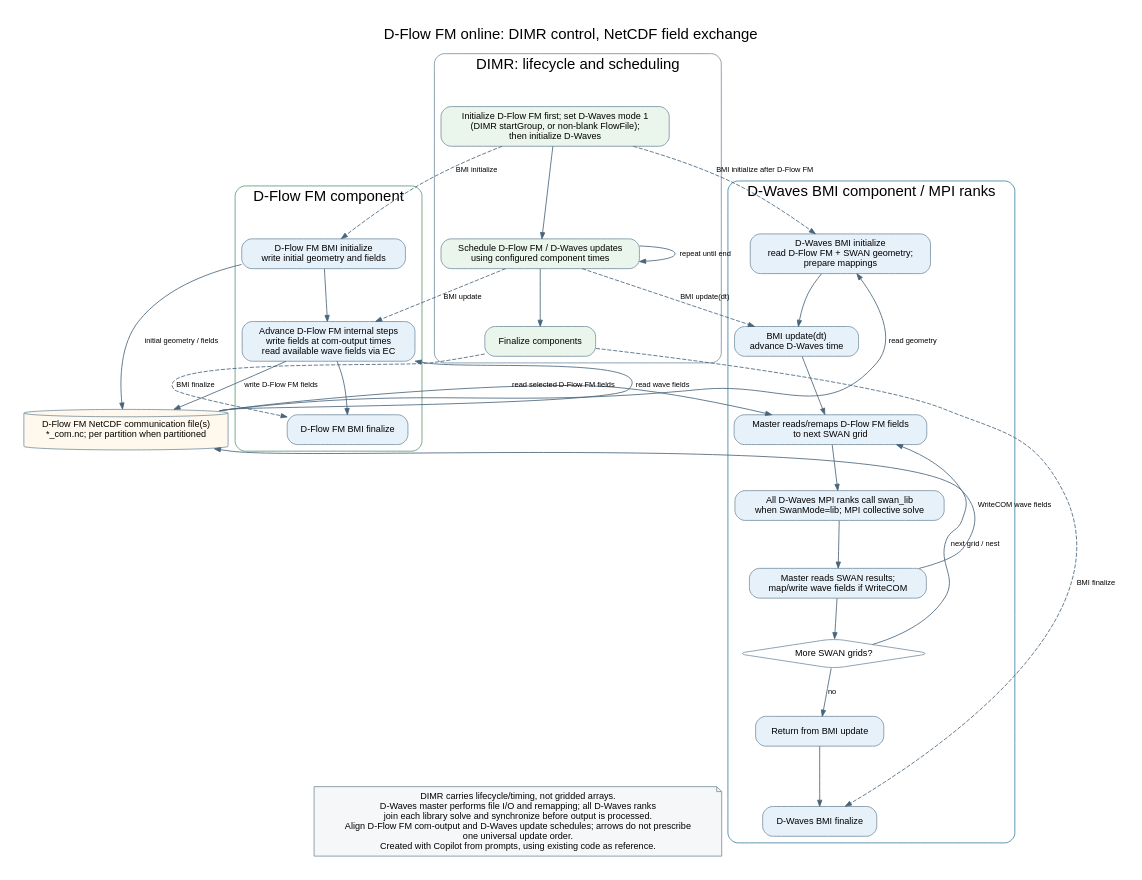
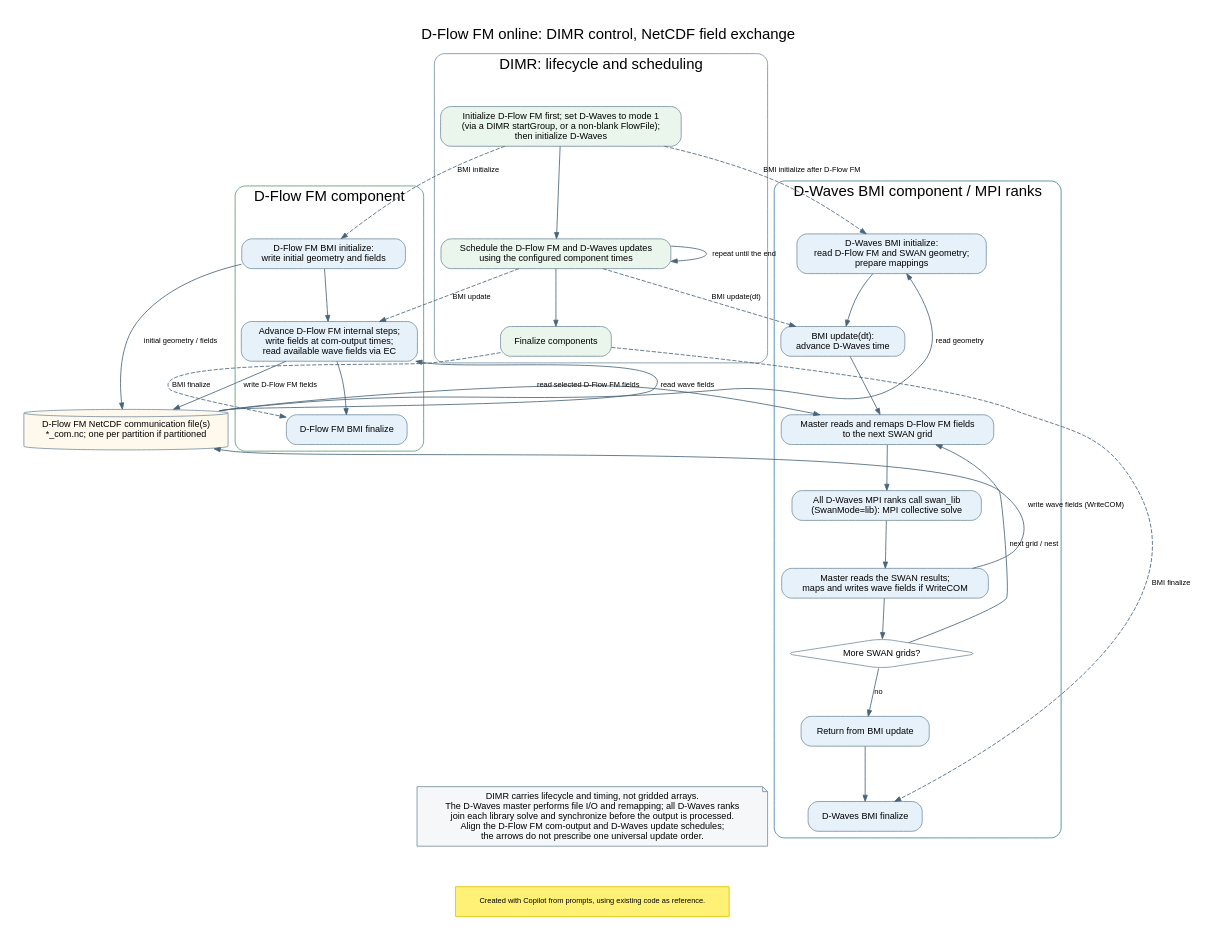
The diagram in src/engines_gpl/wave/docs/include/dwaves_pathway_fm_bmi_detailed.dot (Deltares/Delft3D), drawn with Graphviz before and after one commit. The commit also changed 19 other files, not shown here.

Commit message:
Grammatical edits and some additionalcosmetic changes in the diagrams

```diff
--- a/src/engines_gpl/wave/docs/include/dwaves_pathway_fm_bmi_detailed.dot
+++ b/src/engines_gpl/wave/docs/include/dwaves_pathway_fm_bmi_detailed.dot
@@ -1,80 +1,85 @@
 digraph fm_communication {
     graph [label="D-Flow FM online: DIMR control, NetCDF field exchange",
            labelloc=t, fontsize=18, fontname="Helvetica", rankdir=TB,
            newrank=true, nodesep=0.6, ranksep=0.65, pad=0.3, bgcolor="white"];
     node [shape=box, style="rounded,filled", fillcolor="#E7F1FA",
           color="#7890A2", fontname="Helvetica", fontsize=11,
           margin="0.15,0.09"];
     edge [fontname="Helvetica", fontsize=9, color="#48647A", arrowsize=0.75];
 
     subgraph cluster_dimr {
         label="DIMR: lifecycle and scheduling";
         color="#7890A2";
         style="rounded";
         dimr_init [fillcolor="#EAF5EC",
-                   label="Initialize D-Flow FM first; set D-Waves mode 1\n(DIMR startGroup, or non-blank FlowFile);\nthen initialize D-Waves"];
+                   label="Initialize D-Flow FM first; set D-Waves to mode 1\n(via a DIMR startGroup, or a non-blank FlowFile);\nthen initialize D-Waves"];
         dimr_update [fillcolor="#EAF5EC",
-                     label="Schedule D-Flow FM / D-Waves updates\nusing configured component times"];
+                     label="Schedule the D-Flow FM and D-Waves updates\nusing the configured component times"];
         dimr_finish [fillcolor="#EAF5EC", label="Finalize components"];
         dimr_init -> dimr_update -> dimr_finish;
-        dimr_update -> dimr_update [label="repeat until end"];
+        dimr_update -> dimr_update [label="repeat until the end"];
     }
 
     subgraph cluster_fm {
         label="D-Flow FM component";
         color="#5A9A72";
         style="rounded";
-        fm_init [label="D-Flow FM BMI initialize\nwrite initial geometry and fields"];
-        fm_step [label="Advance D-Flow FM internal steps\nwrite fields at com-output times\nread available wave fields via EC"];
+        fm_init [label="D-Flow FM BMI initialize:\nwrite initial geometry and fields"];
+        fm_step [label="Advance D-Flow FM internal steps;\nwrite fields at com-output times;\nread available wave fields via EC"];
         fm_finalize [label="D-Flow FM BMI finalize"];
         fm_init -> fm_step -> fm_finalize;
     }
 
     subgraph cluster_wave {
         label="D-Waves BMI component / MPI ranks";
         color="#3B82A0";
         style="rounded";
-        wave_init [label="D-Waves BMI initialize\nread D-Flow FM + SWAN geometry;\nprepare mappings"];
-        wave_update [label="BMI update(dt)\nadvance D-Waves time"];
-        fields_in [label="Master reads/remaps D-Flow FM fields\nto next SWAN grid"];
-        swan [label="All D-Waves MPI ranks call swan_lib\nwhen SwanMode=lib; MPI collective solve"];
-        fields_out [label="Master reads SWAN results;\nmap/write wave fields if WriteCOM"];
+        wave_init [label="D-Waves BMI initialize:\nread D-Flow FM and SWAN geometry;\nprepare mappings"];
+        wave_update [label="BMI update(dt):\nadvance D-Waves time"];
+        fields_in [label="Master reads and remaps D-Flow FM fields\nto the next SWAN grid"];
+        swan [label="All D-Waves MPI ranks call swan_lib\n(SwanMode=lib): MPI collective solve"];
+        fields_out [label="Master reads the SWAN results;\nmaps and writes wave fields if WriteCOM"];
         more_grids [shape=diamond, fillcolor="white",
                     label="More SWAN grids?"];
         return_update [label="Return from BMI update"];
         wave_finalize [label="D-Waves BMI finalize"];
         wave_init -> wave_update -> fields_in -> swan -> fields_out -> more_grids;
         more_grids -> fields_in [label="next grid / nest", constraint=false];
         more_grids -> return_update [label="no"];
         return_update -> wave_finalize;
     }
 
     com [shape=cylinder, fillcolor="#FFF9ED",
-         label="D-Flow FM NetCDF communication file(s)\n*_com.nc; per partition when partitioned"];
+         label="D-Flow FM NetCDF communication file(s)\n*_com.nc; one per partition if partitioned"];
 
     dimr_init -> fm_init [style=dashed, label="BMI initialize"];
     dimr_init -> wave_init [style=dashed, label="BMI initialize after D-Flow FM"];
     dimr_update -> fm_step [style=dashed, label="BMI update"];
     dimr_update -> wave_update [style=dashed, label="BMI update(dt)"];
     dimr_finish -> fm_finalize [style=dashed, label="BMI finalize", constraint=false];
     dimr_finish -> wave_finalize [style=dashed, label="BMI finalize", constraint=false];
 
     fm_init -> com [label="initial geometry / fields"];
     fm_step -> com [label="write D-Flow FM fields"];
     com -> wave_init [label="read geometry", constraint=false];
     com -> fields_in [label="read selected D-Flow FM fields"];
-    fields_out -> com [label="WriteCOM wave fields", constraint=false];
+    fields_out -> com [label="write wave fields (WriteCOM)", constraint=false];
     com -> fm_step [label="read wave fields", constraint=false];
 
     {rank=min; dimr_init;}
     {rank=same; fm_init; wave_init;}
     {rank=same; fm_step; wave_update;}
     {rank=same; fields_in; com;}
     fm_init -> wave_init [style=invis, weight=30];
     fm_step -> wave_update [style=invis, weight=30];
 
     note [shape=note, fillcolor="#F5F7F8",
-          label="DIMR carries lifecycle/timing, not gridded arrays.\nD-Waves master performs file I/O and remapping; all D-Waves ranks\njoin each library solve and synchronize before output is processed.\nAlign D-Flow FM com-output and D-Waves update schedules; arrows do not prescribe\none universal update order.\nCreated with Copilot from prompts, using existing code as reference."];
-    {rank=sink; note;}
+          label="DIMR carries lifecycle and timing, not gridded arrays.\nThe D-Waves master performs file I/O and remapping; all D-Waves ranks\njoin each library solve and synchronize before the output is processed.\nAlign the D-Flow FM com-output and D-Waves update schedules;\nthe arrows do not prescribe one universal update order."];
     return_update -> note [style=invis];
+
+    diagram_credit [shape=box, style=filled, fillcolor="#FFF176", color="#E0C200",
+                    fontname="Helvetica", fontsize=9, margin="0.12,0.06",
+                    label="Created with Copilot from prompts, using existing code as reference."];
+    {rank=sink; diagram_credit;}
+    note -> diagram_credit [style=invis];
 }
```
